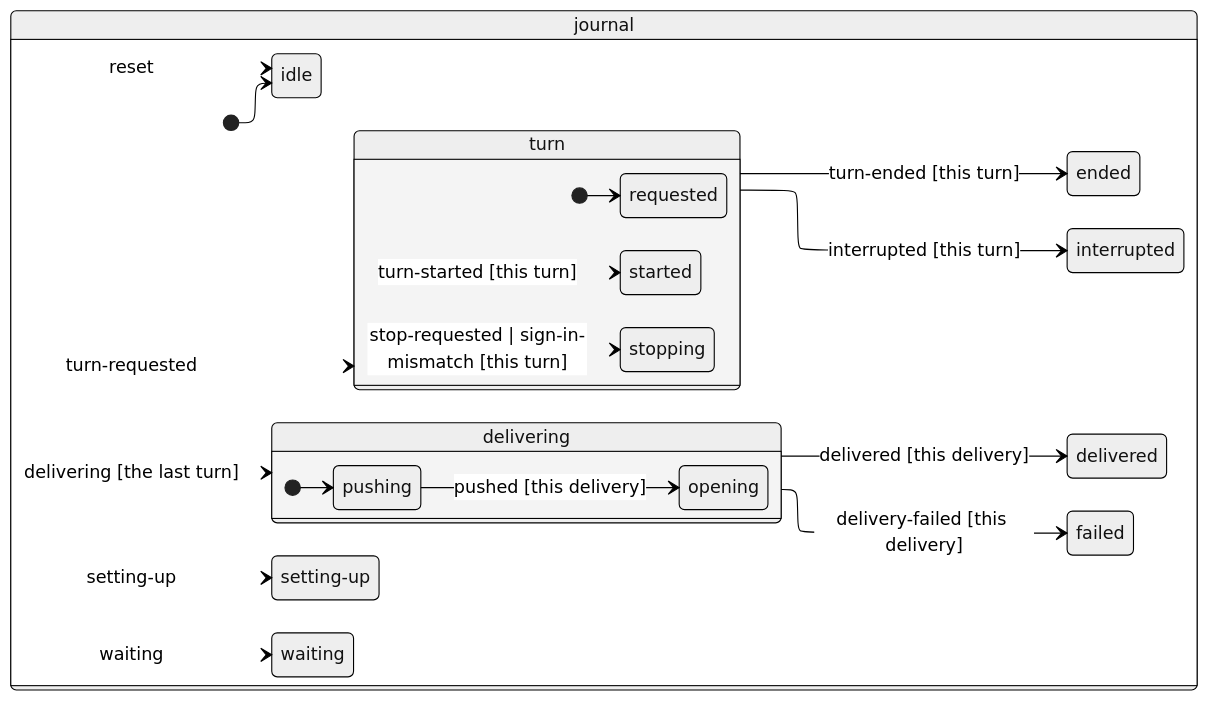
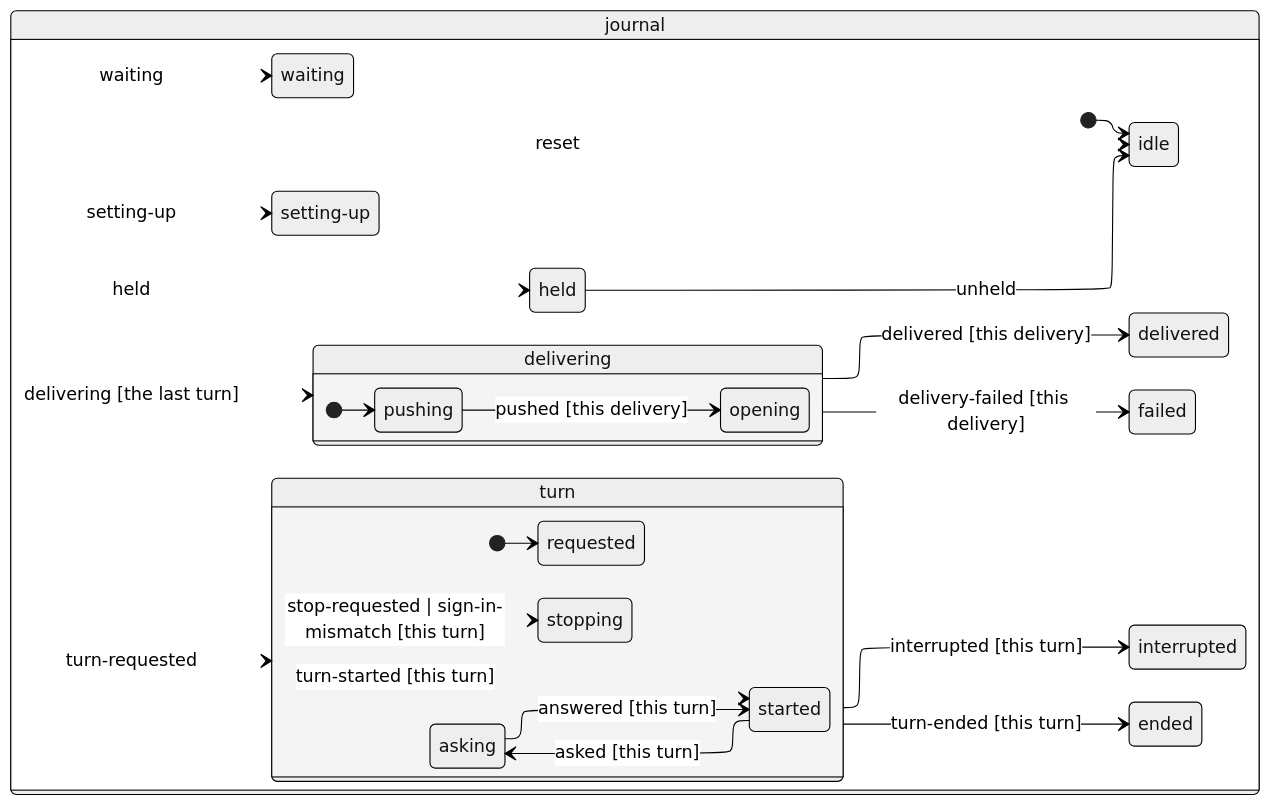
The first of 2 diagrams in docs/agents.md (jonhilt/focus-hq), drawn with Mermaid (neutral theme) before and after one commit. The commit also changed other lines of this file and 10 other files, not shown here.

Commit message:
A plan-limit hold and a raised hand are journaled (held/unheld, asked/answered): the run machine has held and turn.asking, a restart holds an agent again till the limit resets (or carries on if it has), and a delivery is journaled only once past asking them to commit

````diff
--- a/docs/agents.md
+++ b/docs/agents.md
@@ -27,42 +27,48 @@
 ```mermaid
 ---
 config:
   layout: elk
 ---
 stateDiagram-v2
   direction LR
   state "journal" as journal {
     [*] --> journal_idle
     state "idle" as journal_idle
     state "waiting" as journal_waiting
     state "setting-up" as journal_setting_up
     state "turn" as journal_turn {
       [*] --> journal_turn_requested
       state "requested" as journal_turn_requested
       state "started" as journal_turn_started
+      state "asking" as journal_turn_asking
       state "stopping" as journal_turn_stopping
     }
     state "ended" as journal_ended
     state "interrupted" as journal_interrupted
     state "delivering" as journal_delivering {
       [*] --> journal_delivering_pushing
       state "pushing" as journal_delivering_pushing
       state "opening" as journal_delivering_opening
     }
     state "delivered" as journal_delivered
     state "failed" as journal_failed
+    state "held" as journal_held
   }
+  journal_turn_started --> journal_turn_asking : asked [this turn]
+  journal_turn_asking --> journal_turn_started : answered [this turn]
   journal_turn --> journal_turn_started : turn-started [this turn]
   journal_turn --> journal_turn_stopping : stop-requested | sign-in-mismatch [this turn]
   journal_turn --> journal_ended : turn-ended [this turn]
   journal_turn --> journal_interrupted : interrupted [this turn]
   journal_delivering_pushing --> journal_delivering_opening : pushed [this delivery]
   journal_delivering --> journal_delivered : delivered [this delivery]
   journal_delivering --> journal_failed : delivery-failed [this delivery]
+  journal_held --> journal_idle : unheld
   journal --> journal_idle : reset
+  journal --> journal_held : held
   journal --> journal_delivering : delivering [the last turn]
   journal --> journal_waiting : waiting
   journal --> journal_setting_up : setting-up
   journal --> journal_turn : turn-requested
   classDef final fill:#1d3320,stroke:#9fd39f,color:#e8e4d8
 ```
````
